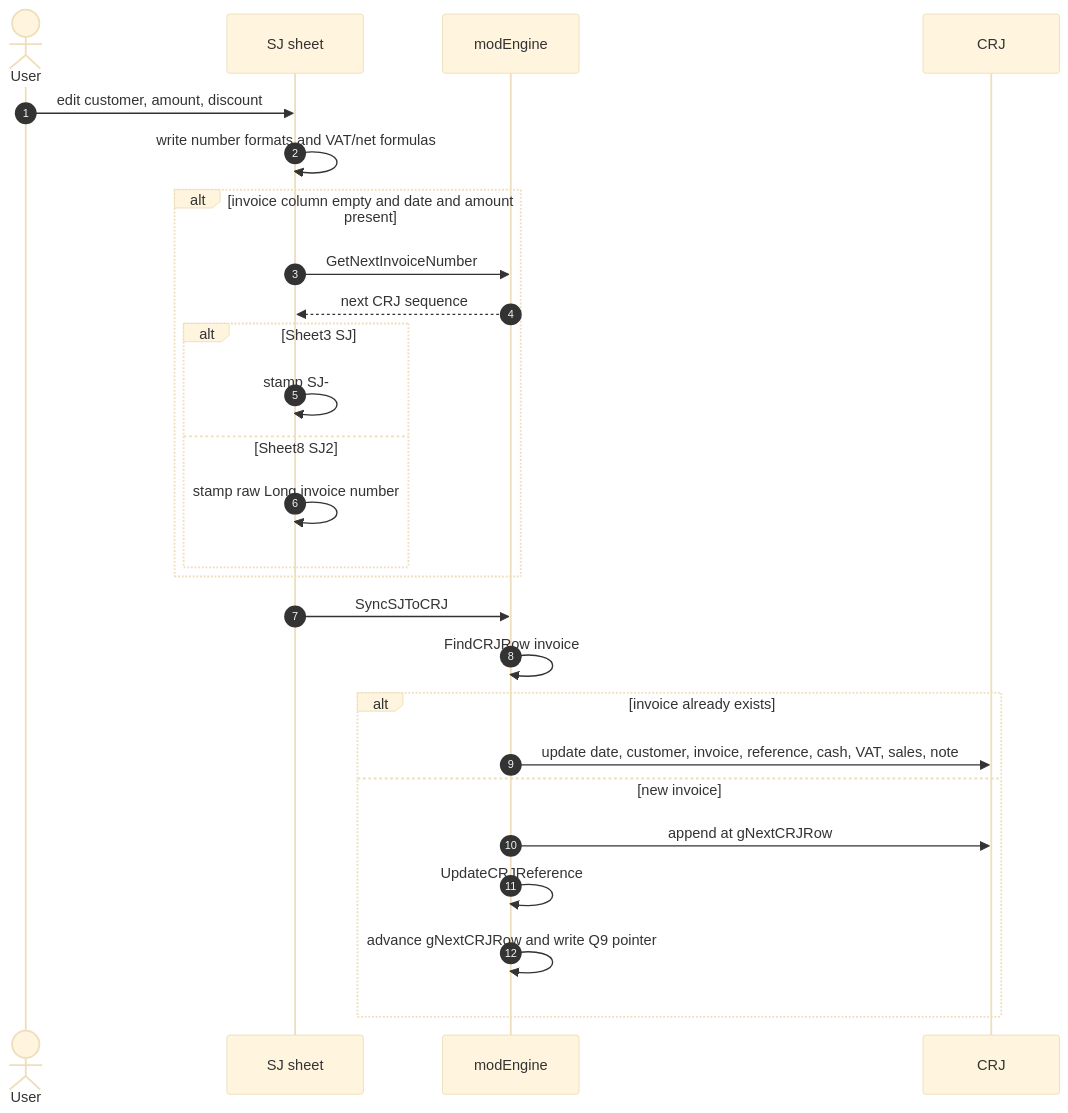
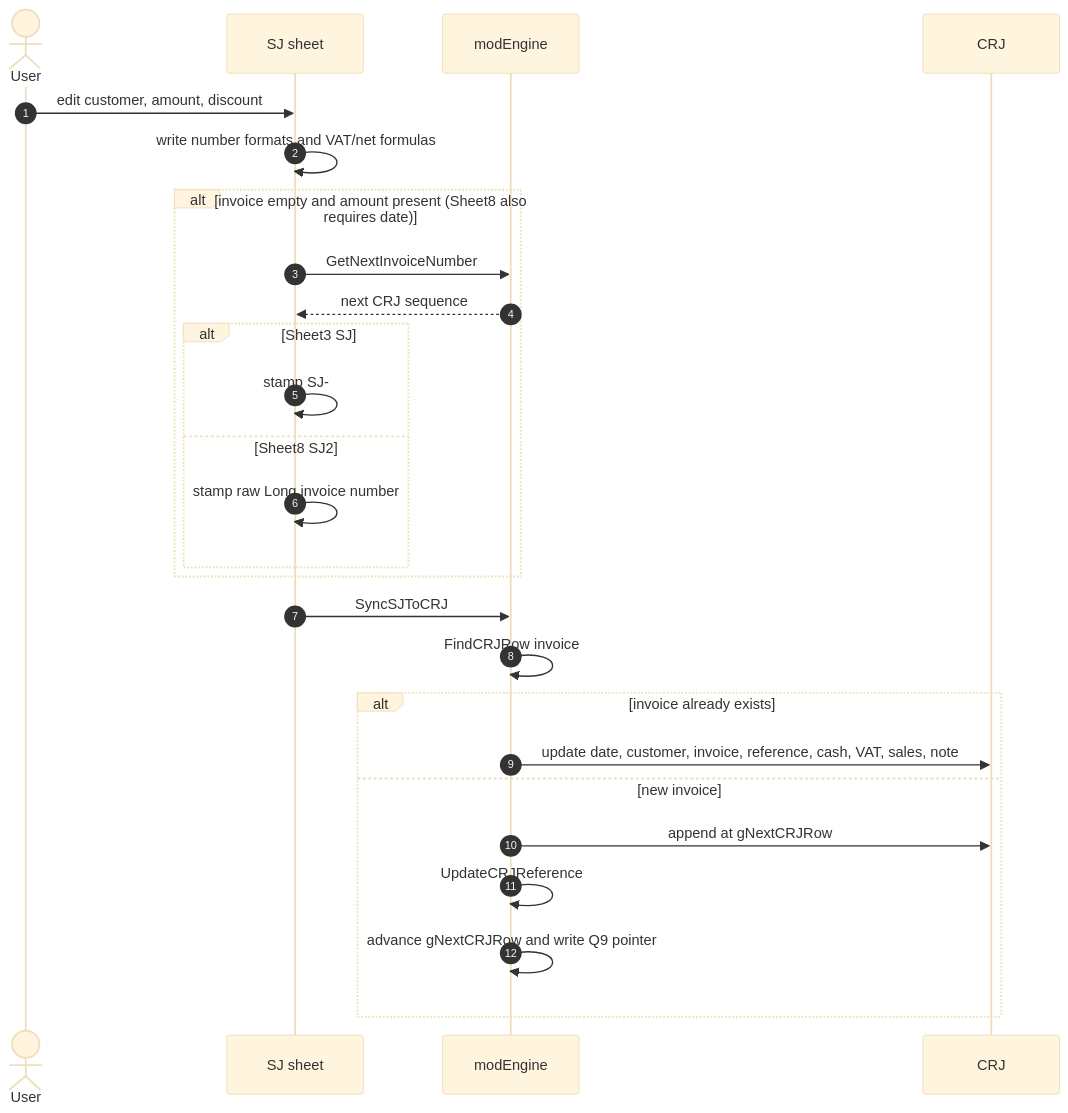
The sixth of 22 diagrams in VBA_CODE_FLOW.md (vitrixLab/jm-gs-vba-macro-v2), drawn with Mermaid (base theme) before and after one commit. The commit also changed other lines of this file, not shown here.

````diff
--- a/VBA_CODE_FLOW.md
+++ b/VBA_CODE_FLOW.md
@@ -239,28 +239,28 @@
 ```mermaid
 sequenceDiagram
     autonumber
     actor User
     participant SJ as SJ sheet
     participant Engine as modEngine
     participant CRJ as CRJ
     User->>SJ: edit customer, amount, discount
     SJ->>SJ: write number formats and VAT/net formulas
-    alt invoice column empty and date and amount present
+    alt invoice empty and amount present (Sheet8 also requires date)
         SJ->>Engine: GetNextInvoiceNumber
         Engine-->>SJ: next CRJ sequence
         alt Sheet3 SJ
             SJ->>SJ: stamp SJ-##### and SJINV-...
         else Sheet8 SJ2
             SJ->>SJ: stamp raw Long invoice number
         end
     end
     SJ->>Engine: SyncSJToCRJ
     Engine->>Engine: FindCRJRow invoice
     alt invoice already exists
         Engine->>CRJ: update date, customer, invoice, reference, cash, VAT, sales, note
     else new invoice
         Engine->>CRJ: append at gNextCRJRow
         Engine->>Engine: UpdateCRJReference
         Engine->>Engine: advance gNextCRJRow and write Q9 pointer
     end
 ```
````
